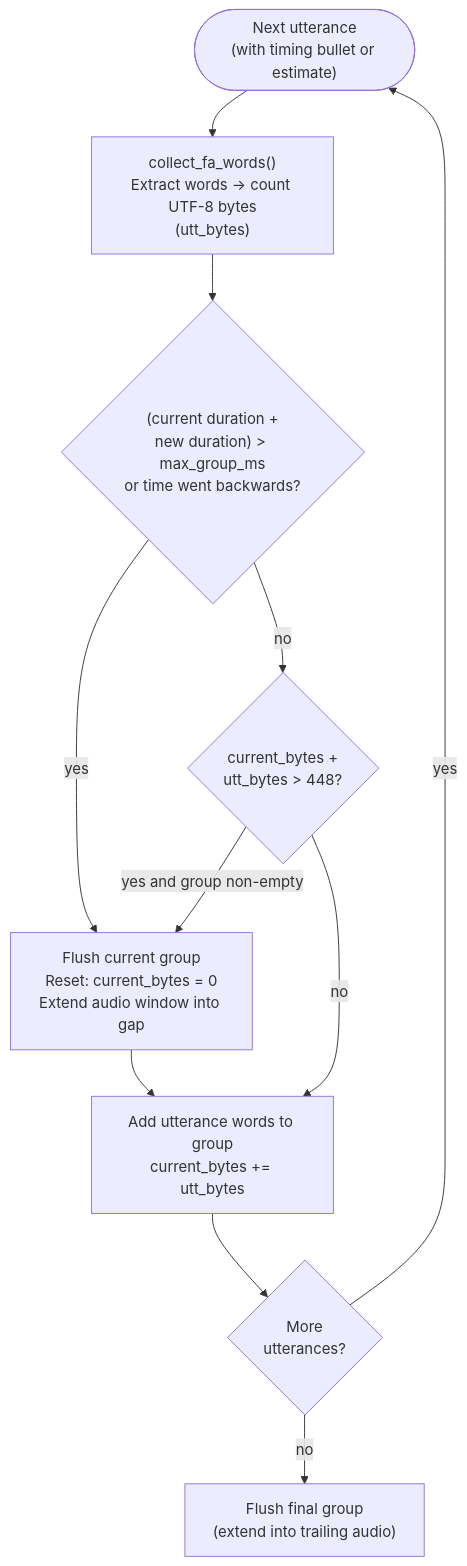
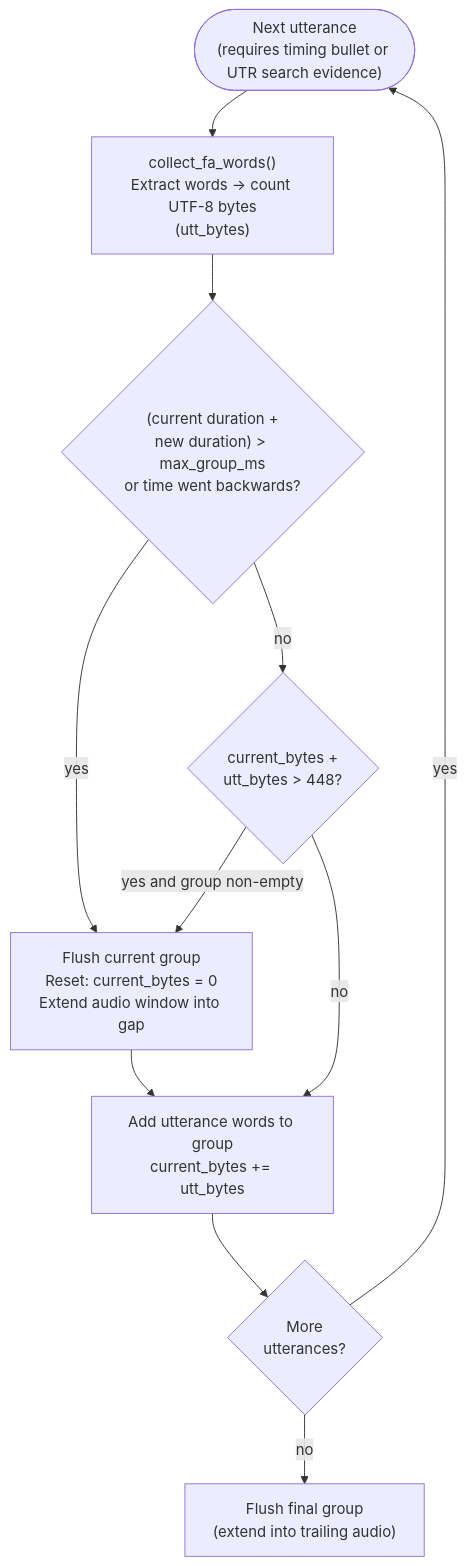
The sixth of 16 diagrams in book/src/batchalign/reference/forced-alignment.md (FranklinChen/talkbank-tools), drawn with Mermaid before and after one commit. The commit also changed other lines of this file and 70 other files, not shown here.

````diff
--- a/book/src/batchalign/reference/forced-alignment.md
+++ b/book/src/batchalign/reference/forced-alignment.md
@@ -876,21 +907,21 @@
 ```mermaid
 flowchart TD
-    utt(["Next utterance<br/>(with timing bullet or estimate)"])
+    utt(["Next utterance<br/>(requires timing bullet or UTR search evidence)"])
     extract["collect_fa_words()<br/>Extract words → count UTF-8 bytes<br/>(utt_bytes)"]
     over_time{"(current duration +<br/>new duration) > max_group_ms<br/>or time went backwards?"}
     over_chars{"current_bytes +<br/>utt_bytes > 448?"}
     flush["Flush current group<br/>Reset: current_bytes = 0<br/>Extend audio window into gap"]
     add["Add utterance words to group<br/>current_bytes += utt_bytes"]
     more{"More<br/>utterances?"}
     final["Flush final group<br/>(extend into trailing audio)"]
 
     utt --> extract --> over_time
     over_time -->|"yes"| flush
     over_time -->|"no"| over_chars
     over_chars -->|"yes and group non-empty"| flush
     over_chars -->|"no"| add
     flush --> add
     add --> more
     more -->|"yes"| utt
     more -->|"no"| final
 ```
````
